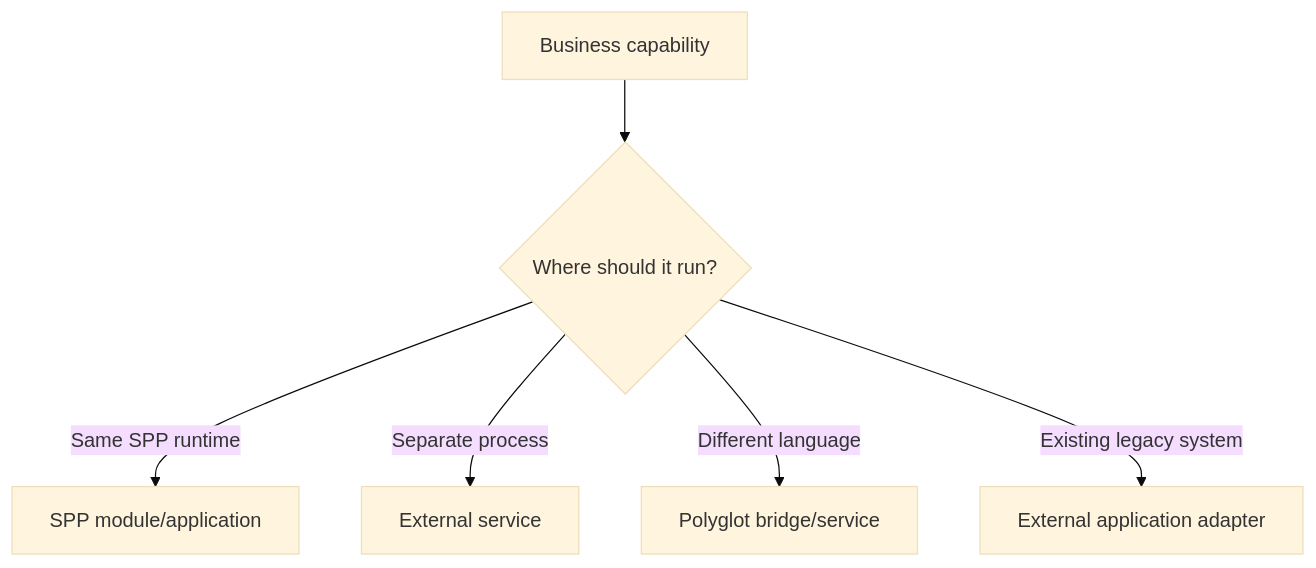
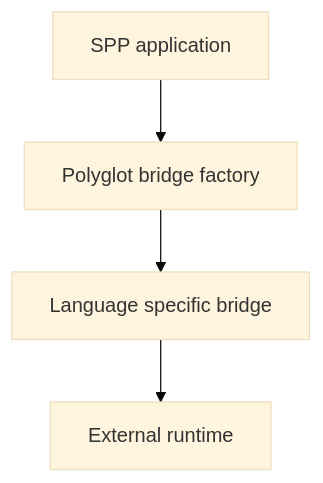
One commit to shuklasp/spp changed the fourth of 9 diagrams in documentation/handbook/21-enterprise-architecture-and-deployment.md. Above: the diagram before and after it, drawn with Mermaid (base theme). The commit also changed other lines of this file, not shown here.

Commit message:
Deep rewrite enterprise architecture and deployment for beginner to advanced

````diff
--- a/documentation/handbook/21-enterprise-architecture-and-deployment.md
+++ b/documentation/handbook/21-enterprise-architecture-and-deployment.md
@@ -112,8 +131,6 @@
 ```mermaid
 flowchart TD
-    A[Business capability] --> B{Where should it run?}
-    B -- Same SPP runtime --> C[SPP module/application]
-    B -- Separate process --> D[External service]
-    B -- Different language --> E[Polyglot bridge/service]
-    B -- Existing legacy system --> F[External application adapter]
+    A[SPP application] --> B[Polyglot bridge factory]
+    B --> C[Language specific bridge]
+    C --> D[External runtime]
 ```
````
